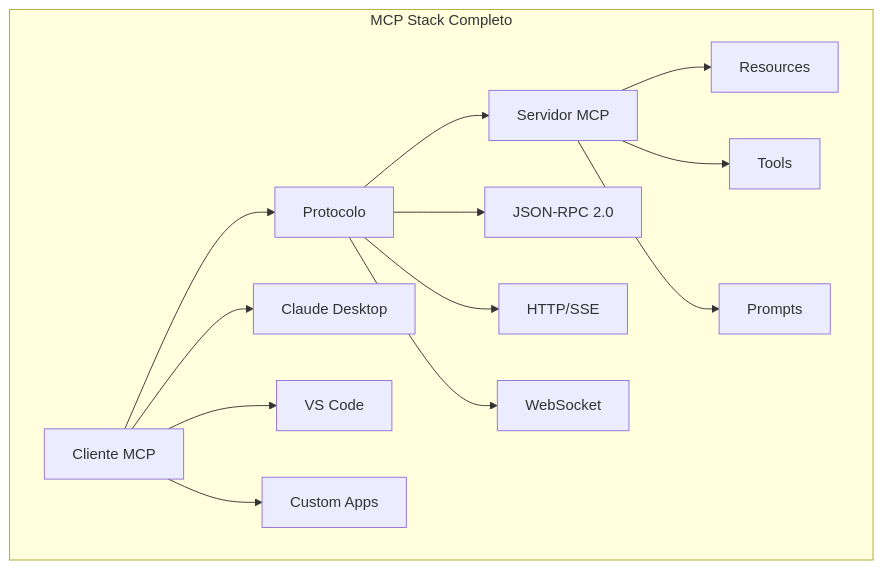
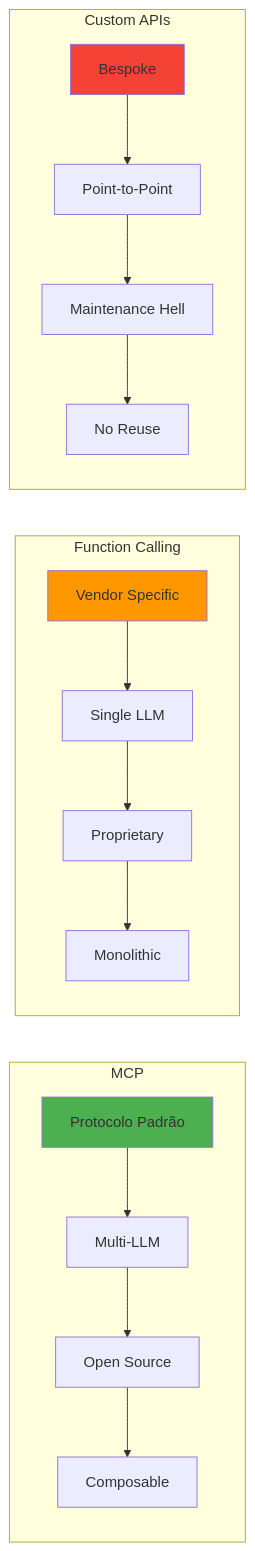
Before and after one commit to felipepimentel/my-public-notes: diagram 17 of 17 in AI/Comunicação/MCP/00-mcp-presentation-zero to hero.md, drawn with Mermaid. The commit also changed other lines of this file, not shown here.

````diff
--- a/AI/Comunicação/MCP/00-mcp-presentation-zero to hero.md
+++ b/AI/Comunicação/MCP/00-mcp-presentation-zero to hero.md
@@ -775,19 +523,24 @@
 ```mermaid
-graph TB
-    subgraph "MCP Stack Completo"
-        CLIENT[Cliente MCP] --> PROTO[Protocolo]
-        PROTO --> SERVER[Servidor MCP]
-        
-        CLIENT --> C1[Claude Desktop]
-        CLIENT --> C2[VS Code]
-        CLIENT --> C3[Custom Apps]
-        
-        SERVER --> S1[Resources]
-        SERVER --> S2[Tools]
-        SERVER --> S3[Prompts]
-        
-        PROTO --> P1[JSON-RPC 2.0]
-        PROTO --> P2[HTTP/SSE]
-        PROTO --> P3[WebSocket]
+graph LR
+    subgraph "MCP"
+        M1[Protocolo Padrão] --> M2[Multi-LLM]
+        M2 --> M3[Open Source]
+        M3 --> M4[Composable]
     end
+    
+    subgraph "Function Calling"
+        F1[Vendor Specific] --> F2[Single LLM]
+        F2 --> F3[Proprietary]
+        F3 --> F4[Monolithic]
+    end
+    
+    subgraph "Custom APIs"
+        C1[Bespoke] --> C2[Point-to-Point]
+        C2 --> C3[Maintenance Hell]
+        C3 --> C4[No Reuse]
+    end
+    
+    style M1 fill:#4CAF50
+    style F1 fill:#ff9800
+    style C1 fill:#f44336
 ```
````
